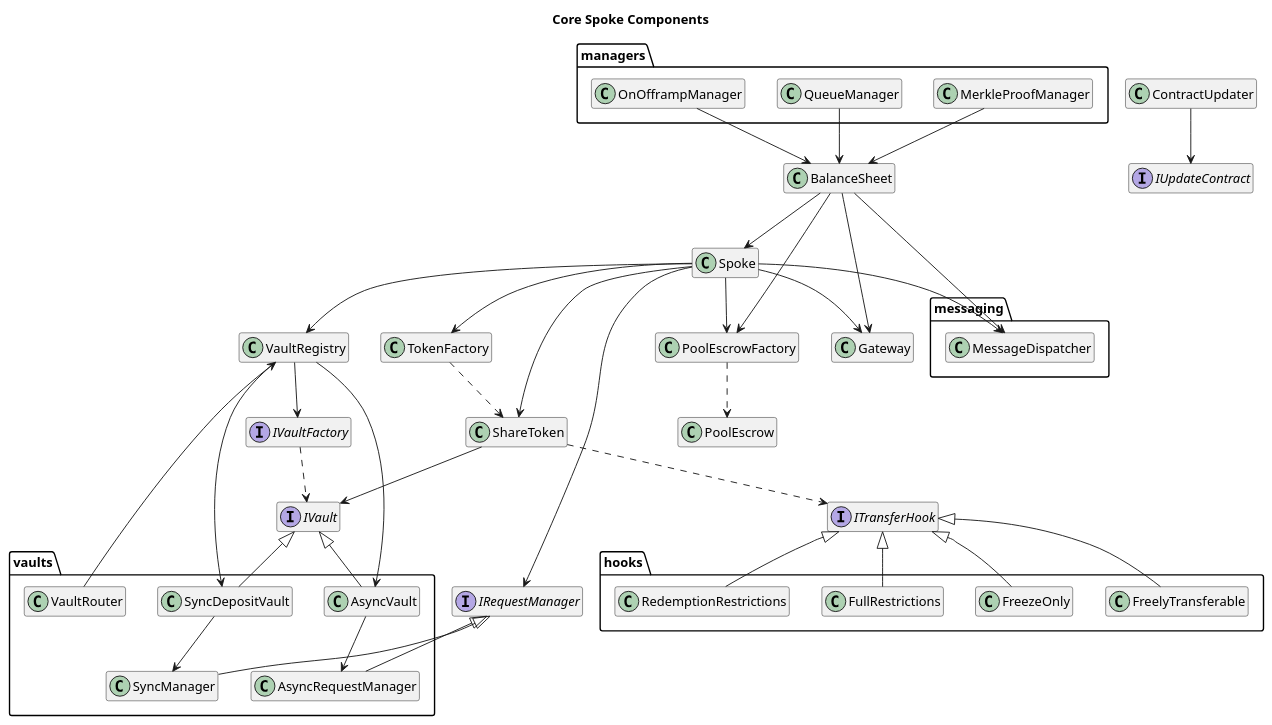
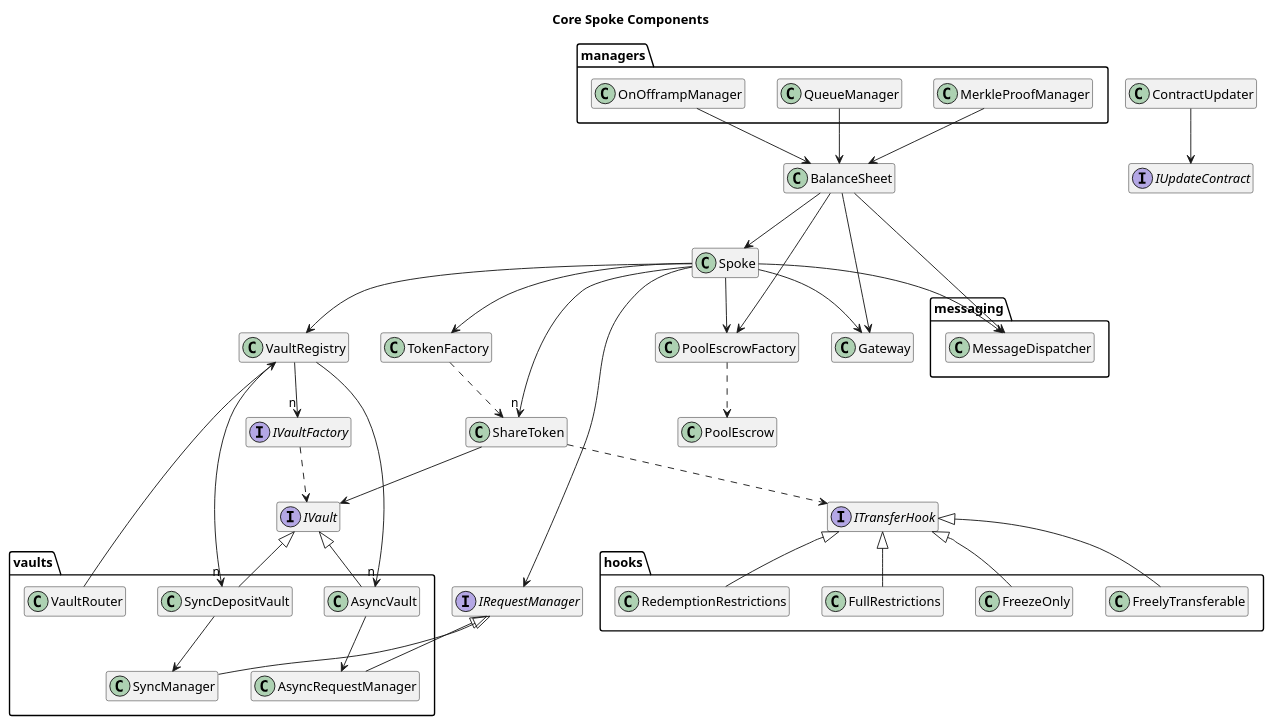
The diagram in docs/architecture/core/spoke.puml (centrifuge/protocol), drawn with PlantUML before and after one commit. The commit also changed 3 other files, not shown here.

```diff
--- a/docs/architecture/core/spoke.puml
+++ b/docs/architecture/core/spoke.puml
@@ -1,93 +1,93 @@
 @startuml spoke
 title Core Spoke Components
 hide empty members
 
 package messaging {
     class MessageDispatcher
 }
 
 package managers {
     class OnOfframpManager
     class MerkleProofManager
     class QueueManager
 }
 
 package hooks {
     class FreelyTransferable
     class FreezeOnly
     class FullRestrictions
     class RedemptionRestrictions
 }
 
 package vaults {
     class AsyncVault
     class SyncDepositVault
     class AsyncRequestManager
     class SyncManager
     class VaultRouter
 }
 
 class Spoke
 class ShareToken
 class BalanceSheet
 class TokenFactory
 class VaultRegistry
 class ContractUpdater
 class PoolEscrowFactory
 class PoolEscrow
 class Gateway
 
 interface IVaultFactory
 interface IVault
 interface IRequestManager
 interface ITransferHook
 interface IUpdateContract
 
 Spoke --> TokenFactory
 Spoke --> PoolEscrowFactory
-Spoke --> ShareToken
+Spoke --> "n" ShareToken
 Spoke --> Gateway
 Spoke --> MessageDispatcher
 Spoke --> VaultRegistry
 Spoke -[norank]-> IRequestManager
 
-VaultRegistry --> IVaultFactory
-VaultRegistry --> AsyncVault
-VaultRegistry --> SyncDepositVault
+VaultRegistry --> "n" IVaultFactory
+VaultRegistry --> "n" AsyncVault
+VaultRegistry --> "n" SyncDepositVault
 
 AsyncVault -up-|> IVault
 SyncDepositVault -up-|> IVault
 
 AsyncVault --> AsyncRequestManager
 SyncDepositVault --> SyncManager
 
 AsyncRequestManager -up-|> IRequestManager
 SyncManager -up-|> IRequestManager
 
 VaultRouter --> VaultRegistry
 
 ContractUpdater --> IUpdateContract
 
 BalanceSheet --> PoolEscrowFactory
 BalanceSheet --> Spoke
 BalanceSheet --> MessageDispatcher
 BalanceSheet --> Gateway
 
 PoolEscrowFactory ..> PoolEscrow
 
 OnOfframpManager --> BalanceSheet
 MerkleProofManager --> BalanceSheet
 QueueManager --> BalanceSheet
 
 ShareToken ..> ITransferHook
 ShareToken --> IVault
 
 ITransferHook <|-- FreelyTransferable
 ITransferHook <|-- FreezeOnly
 ITransferHook <|-- FullRestrictions
 ITransferHook <|-- RedemptionRestrictions
 
 TokenFactory ..> ShareToken
 IVaultFactory ..> IVault
 
 @enduml
```
